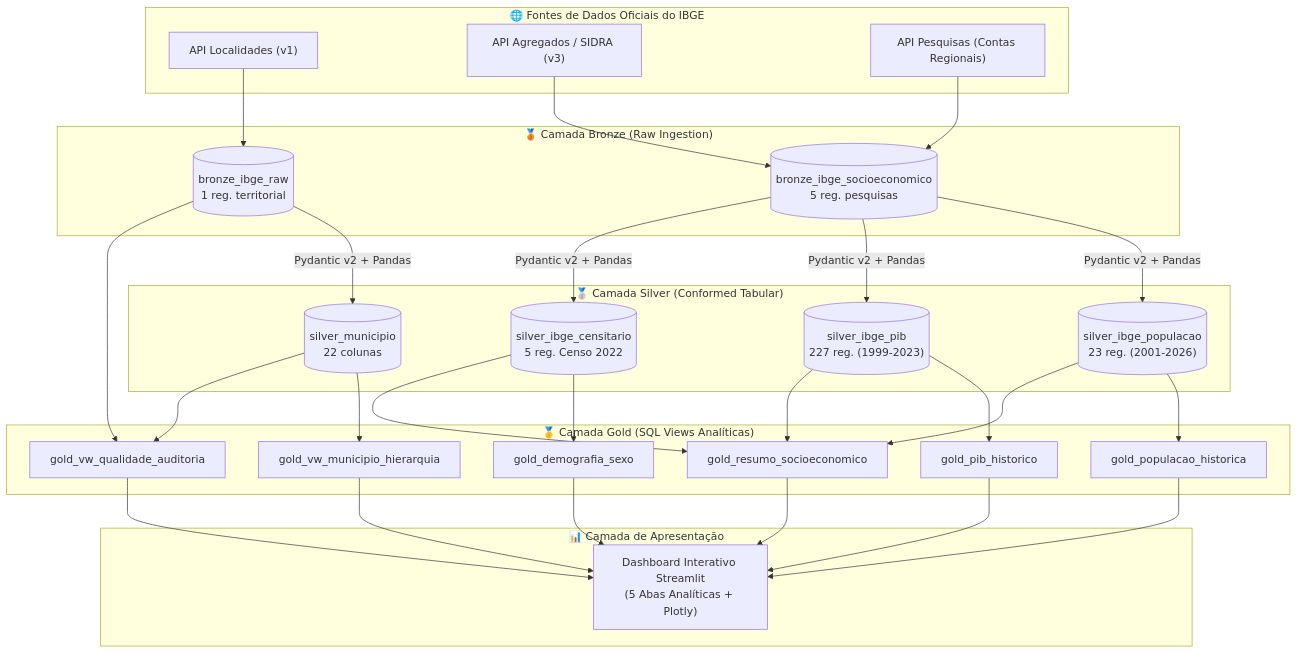
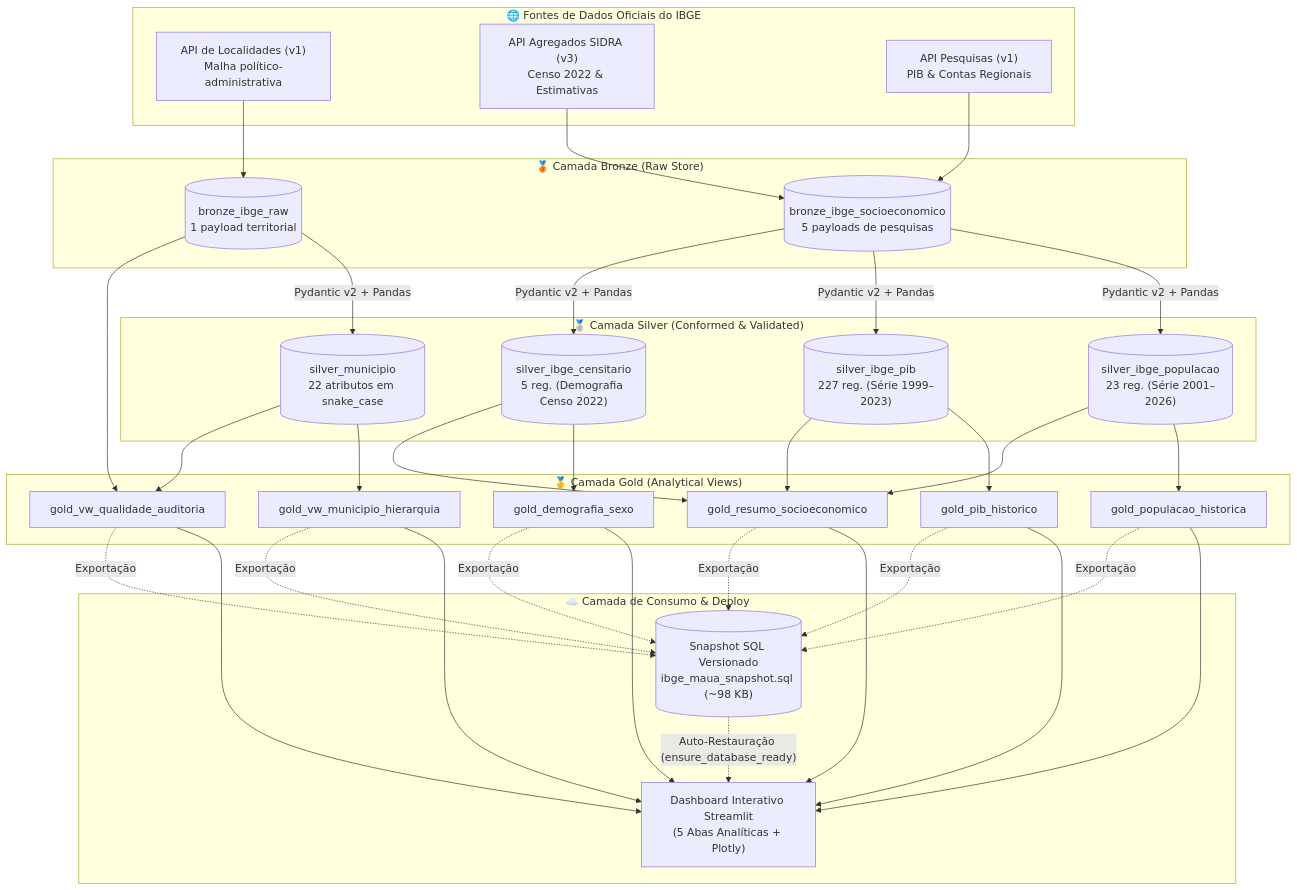
One commit to Jonesbastos/IBGE_MAUA changed the diagram in README.md. Above: the diagram before and after it, drawn with Mermaid. The commit also changed other lines of this file and 6 other files, not shown here.

Commit message:
docs: profissionaliza portfolio IBGE Maua

````diff
--- a/README.md
+++ b/README.md
@@ -19,48 +47,51 @@
 ```mermaid
 flowchart TD
     subgraph Sources ["🌐 Fontes de Dados Oficiais do IBGE"]
-        API_LOC["API Localidades (v1)"]
-        API_AGG["API Agregados / SIDRA (v3)"]
-        API_PESQ["API Pesquisas (Contas Regionais)"]
+        API_LOC["API de Localidades (v1)<br>Malha político-administrativa"]
+        API_AGG["API Agregados SIDRA (v3)<br>Censo 2022 & Estimativas"]
+        API_PESQ["API Pesquisas (v1)<br>PIB & Contas Regionais"]
     end
 
-    subgraph Bronze ["🥉 Camada Bronze (Raw Ingestion)"]
-        B_RAW[("bronze_ibge_raw<br>1 reg. territorial")]
-        B_SOC[("bronze_ibge_socioeconomico<br>5 reg. pesquisas")]
+    subgraph Bronze ["🥉 Camada Bronze (Raw Store)"]
+        B_RAW[("bronze_ibge_raw<br>1 payload territorial")]
+        B_SOC[("bronze_ibge_socioeconomico<br>5 payloads de pesquisas")]
     end
 
-    subgraph Silver ["🥈 Camada Silver (Conformed Tabular)"]
-        S_MUN[("silver_municipio<br>22 colunas")]
-        S_POP[("silver_ibge_populacao<br>23 reg. (2001-2026)")]
-        S_PIB[("silver_ibge_pib<br>227 reg. (1999-2023)")]
-        S_CENS[("silver_ibge_censitario<br>5 reg. Censo 2022")]
+    subgraph Silver ["🥈 Camada Silver (Conformed & Validated)"]
+        S_MUN[("silver_municipio<br>22 atributos em snake_case")]
+        S_POP[("silver_ibge_populacao<br>23 reg. (Série 2001–2026)")]
+        S_PIB[("silver_ibge_pib<br>227 reg. (Série 1999–2023)")]
+        S_CENS[("silver_ibge_censitario<br>5 reg. (Demografia Censo 2022)")]
     end
 
-    subgraph Gold ["🥇 Camada Gold (SQL Views Analíticas)"]
+    subgraph Gold ["🥇 Camada Gold (Analytical Views)"]
         G_HIER["gold_vw_municipio_hierarquia"]
         G_AUD["gold_vw_qualidade_auditoria"]
         G_POP["gold_populacao_historica"]
         G_PIB["gold_pib_historico"]
         G_DEMO["gold_demografia_sexo"]
         G_RES["gold_resumo_socioeconomico"]
     end
 
-    subgraph Presentation ["📊 Camada de Apresentação"]
+    subgraph Presentation ["☁️ Camada de Consumo & Deploy"]
         DASH["Dashboard Interativo Streamlit<br>(5 Abas Analíticas + Plotly)"]
+        SNAP[("Snapshot SQL Versionado<br>ibge_maua_snapshot.sql (~98 KB)")]
     end
 
     API_LOC --> B_RAW
     API_AGG & API_PESQ --> B_SOC
 
     B_RAW -->|Pydantic v2 + Pandas| S_MUN
     B_SOC -->|Pydantic v2 + Pandas| S_POP & S_PIB & S_CENS
 
     S_MUN --> G_HIER
     S_MUN & B_RAW --> G_AUD
     S_POP --> G_POP
     S_PIB --> G_PIB
     S_CENS --> G_DEMO
     S_POP & S_PIB & S_CENS --> G_RES
 
     G_HIER & G_AUD & G_POP & G_PIB & G_DEMO & G_RES --> DASH
+    G_HIER & G_AUD & G_POP & G_PIB & G_DEMO & G_RES -. Exportação .-> SNAP
+    SNAP -. Auto-Restauração (ensure_database_ready) .-> DASH
 ```
````
